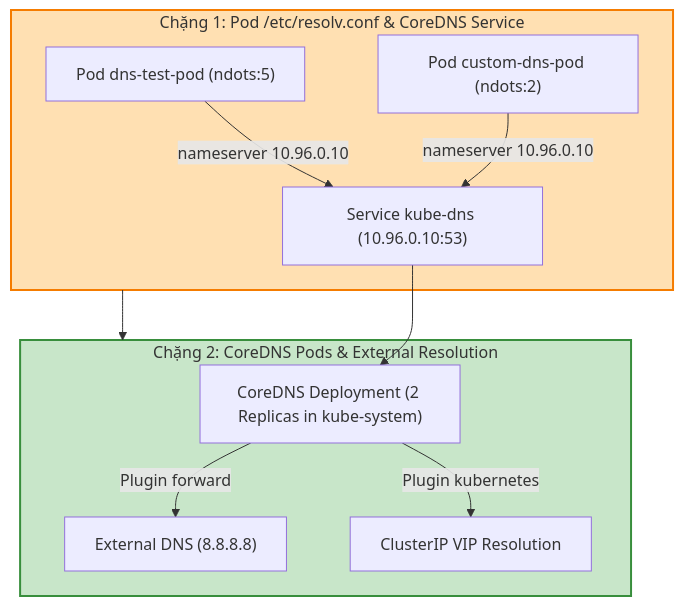
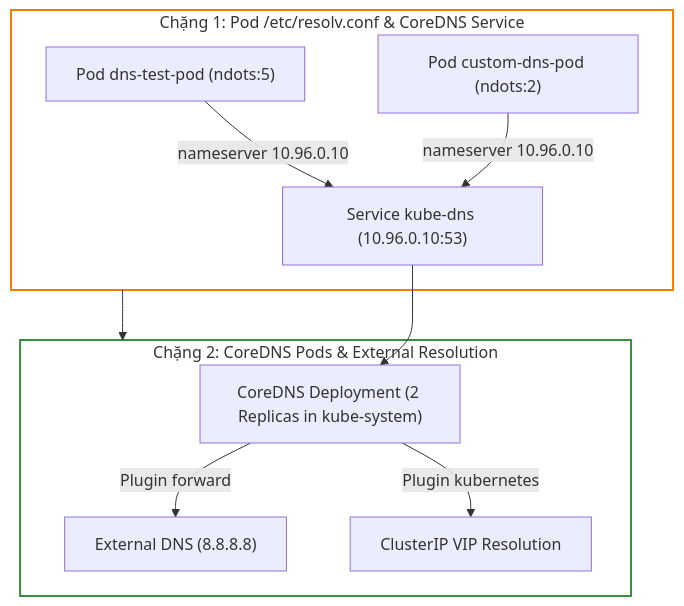
The third of 3 diagrams in _posts/2026-09-12-cka-23-23-coredns-va-phan-giai-ten.md (kiennt308/ntk), drawn with Mermaid before and after one commit. The commit also changed other lines of this file and 207 other files, not shown here.

Commit message:
feat(posts): batch standardize all 208 posts with TL;DR, qa-card accordion, fill:none mermaid, and liquid raw wrappers

````diff
--- a/_posts/2026-09-12-cka-23-23-coredns-va-phan-giai-ten.md
+++ b/_posts/2026-09-12-cka-23-23-coredns-va-phan-giai-ten.md
@@ -509,18 +513,18 @@
 ```mermaid
 graph TD
     subgraph Pod_DNS_Config ["Chặng 1: Pod /etc/resolv.conf & CoreDNS Service"]
         POD_DEF["Pod dns-test-pod (ndots:5)"] -->|nameserver 10.96.0.10| KUBE_DNS["Service kube-dns (10.96.0.10:53)"]
         POD_CUS["Pod custom-dns-pod (ndots:2)"] -->|nameserver 10.96.0.10| KUBE_DNS
     end
 
     subgraph CoreDNS_Backend ["Chặng 2: CoreDNS Pods & External Resolution"]
         KUBE_DNS --> COREDNS_PODS["CoreDNS Deployment (2 Replicas in kube-system)"]
         COREDNS_PODS -->|Plugin kubernetes| INTERNAL_VIP["ClusterIP VIP Resolution"]
         COREDNS_PODS -->|Plugin forward| EXTERNAL_DNS["External DNS (8.8.8.8)"]
     end
 
     Pod_DNS_Config --> CoreDNS_Backend
 
-    style Pod_DNS_Config fill:#ffe0b2,stroke:#f57c00,stroke-width:2px
-    style CoreDNS_Backend fill:#c8e6c9,stroke:#388e3c,stroke-width:2px
+    style Pod_DNS_Config fill:none,stroke:#f57c00,stroke-width:2px
+    style CoreDNS_Backend fill:none,stroke:#388e3c,stroke-width:2px
 ```
````
